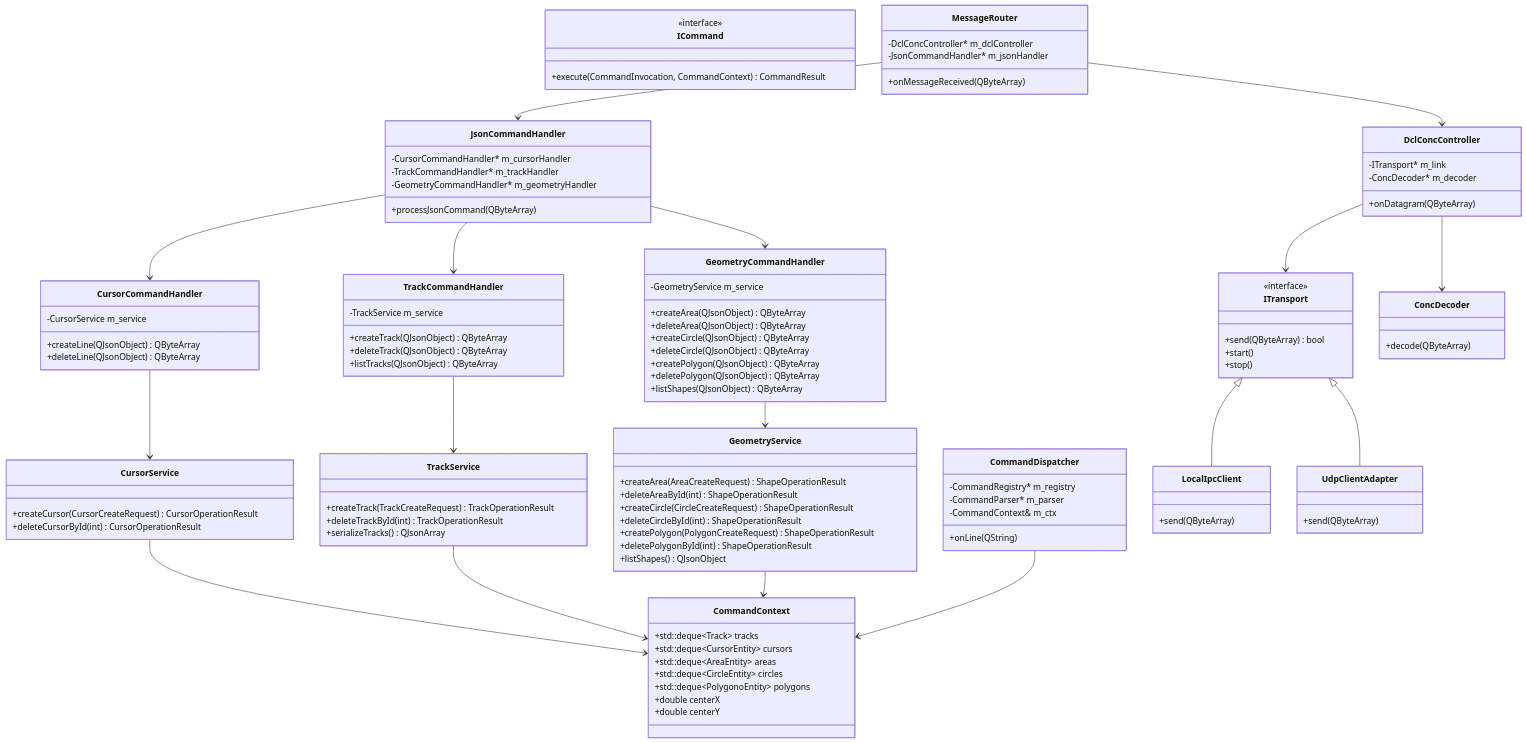
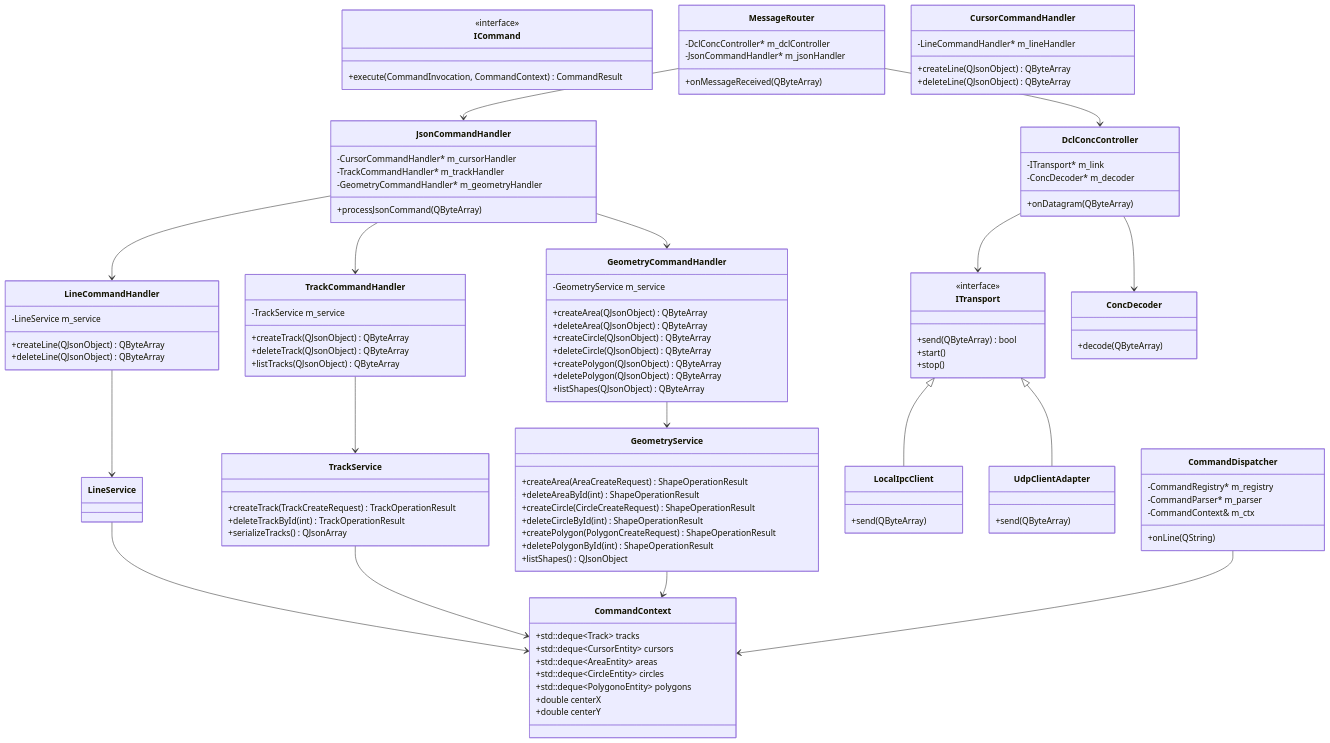
One commit to CrisD39/DDM changed the first of 2 diagrams in docs/architecture.md. Above: the diagram before and after it, drawn with Mermaid. The commit also changed other lines of this file and 9 other files, not shown here.

```diff
--- a/docs/architecture.md
+++ b/docs/architecture.md
@@ -37,7 +37,7 @@
     }
 
     class CursorCommandHandler {
-        -CursorService m_service
+        -LineCommandHandler* m_lineHandler
         +createLine(QJsonObject) QByteArray
         +deleteLine(QJsonObject) QByteArray
     }
@@ -60,9 +60,10 @@
         +listShapes(QJsonObject) QByteArray
     }
 
-    class CursorService {
-        +createCursor(CursorCreateRequest) CursorOperationResult
-        +deleteCursorById(int) CursorOperationResult
+    class LineCommandHandler {
+        -LineService m_service
+        +createLine(QJsonObject) QByteArray
+        +deleteLine(QJsonObject) QByteArray
     }
 
     class TrackService {
@@ -117,15 +118,15 @@
     MessageRouter --> DclConcController
     MessageRouter --> JsonCommandHandler
 
-    JsonCommandHandler --> CursorCommandHandler
+    JsonCommandHandler --> LineCommandHandler
     JsonCommandHandler --> TrackCommandHandler
     JsonCommandHandler --> GeometryCommandHandler
 
-    CursorCommandHandler --> CursorService
+    LineCommandHandler --> LineService
     TrackCommandHandler --> TrackService
     GeometryCommandHandler --> GeometryService
 
-    CursorService --> CommandContext
+    LineService --> CommandContext
     TrackService --> CommandContext
     GeometryService --> CommandContext
 
```
